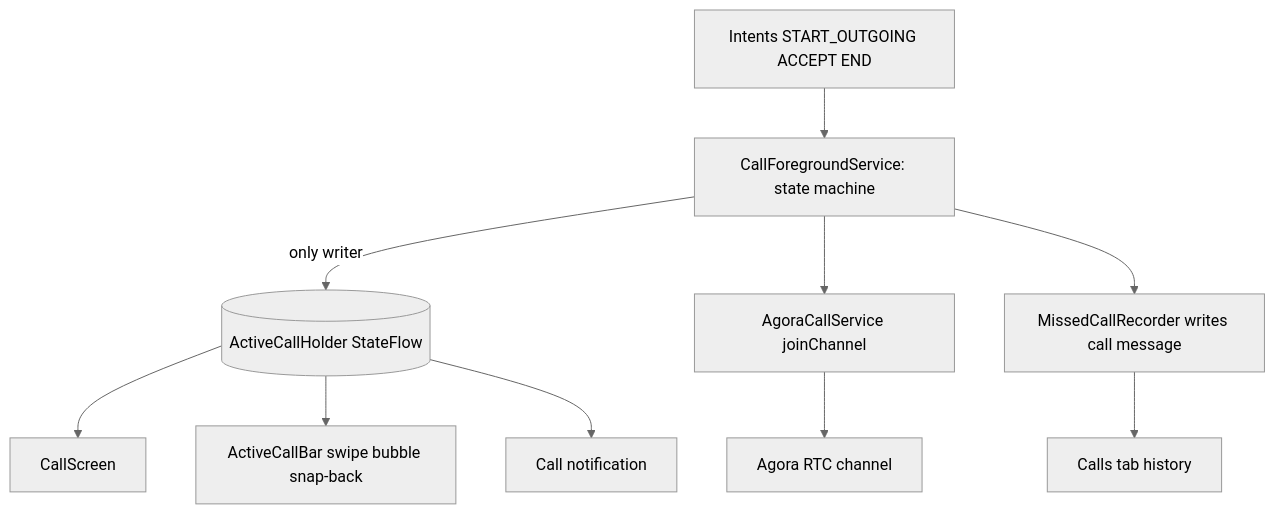
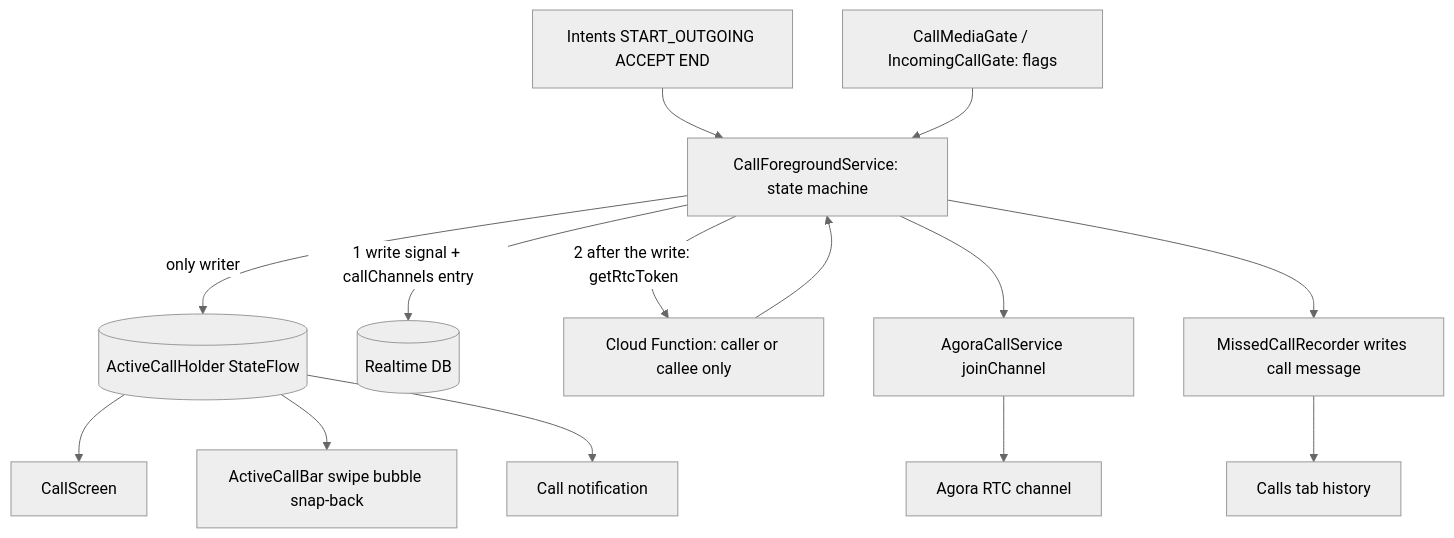
The diagram in 02 - Features/Calls (Voice and Video).md (DerekBurned/messenger-docs), drawn with Mermaid (neutral theme) before and after one commit. The commit also changed other lines of this file and 88 other files, not shown here.

````diff
--- a/02 - Features/Calls (Voice and Video).md
+++ b/02 - Features/Calls (Voice and Video).md
@@ -212,12 +267,16 @@
 ```mermaid
 flowchart TD
     INTENTS[Intents START_OUTGOING ACCEPT END] --> SVC[CallForegroundService: state machine]
     SVC -->|only writer| HOLD[(ActiveCallHolder StateFlow)]
+    SVC -->|1 write signal + callChannels entry| RTDB[(Realtime DB)]
+    SVC -->|2 after the write: getRtcToken| FN[Cloud Function: caller or callee only]
+    FN --> SVC
+    GATE[CallMediaGate / IncomingCallGate: flags] --> SVC
     SVC --> AG[AgoraCallService joinChannel]
     AG --> RTC[Agora RTC channel]
     HOLD --> SCR[CallScreen]
     HOLD --> BAR[ActiveCallBar swipe bubble snap-back]
     HOLD --> NOTIF[Call notification]
     SVC --> REC[MissedCallRecorder writes call message]
     REC --> HIST[Calls tab history]
 ```
````
